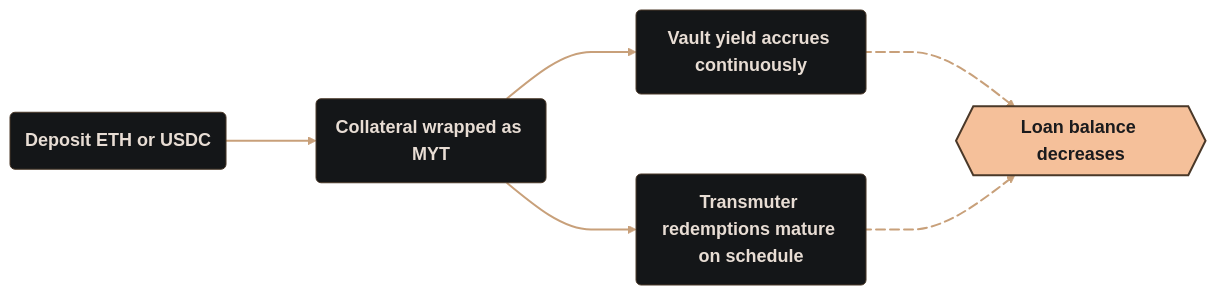
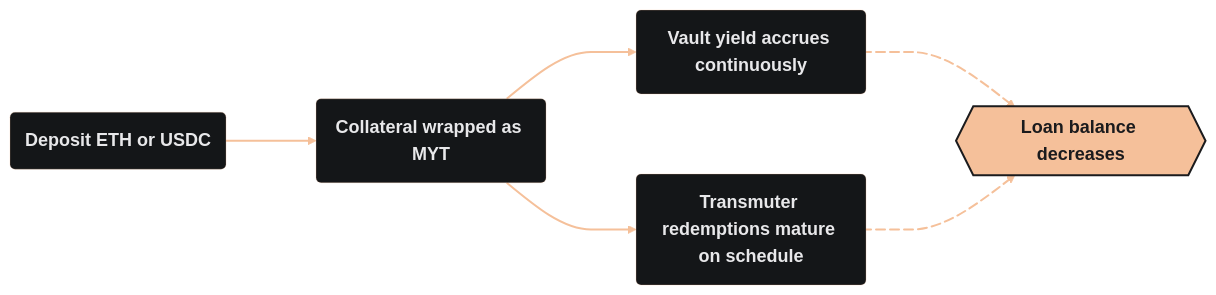
One commit to alchemix-finance/alchemix-v3-docs changed the diagram in docs/user/concepts/self-repaying-loans.md. Above: the diagram before and after it, drawn with Mermaid. The commit also changed other lines of this file and 18 other files, not shown here.

````diff
--- a/docs/user/concepts/self-repaying-loans.md
+++ b/docs/user/concepts/self-repaying-loans.md
@@ -27,29 +28,29 @@
 ```mermaid
 %%{init: {
   'theme': 'base',
   'themeVariables': {
     'fontFamily': 'Montserrat',
     'primaryColor': '#141618',
-    'primaryBorderColor': '#4a3828',
-    'primaryTextColor': '#e8ddd4',
-    'lineColor': '#c8a07a',
+    'primaryBorderColor': 'rgba(245,192,154,0.25)',
+    'primaryTextColor': '#e8e8ea',
+    'lineColor': '#f5c09a',
     'edgeLabelBackground': '#0d0e10',
     'tertiaryColor': '#141618',
     'fontSize': '18px'
   },
   'flowchart': { 'curve': 'monotoneX', 'nodeSpacing': 80, 'rankSpacing': 90 }
 }}%%
 flowchart LR
     classDef default font-weight:bold;
 
     A(Deposit ETH or USDC) --> B(Collateral wrapped as MYT)
     B --> C(Vault yield accrues continuously)
     B --> D(Transmuter redemptions mature on schedule)
     C e1@--> E{{Loan balance decreases}}
     D e2@--> E
 
-    style E fill:#f5c09a,stroke:#4a3828,stroke-width:2px,color:#1b1b1d
-    linkStyle 0,1,2,3,4 stroke:#c8a07a,stroke-width:2px
+    style E fill:#f5c09a,stroke:#1b1b1d,stroke-width:2px,color:#1b1b1d
+    linkStyle 0,1,2,3,4 stroke:#f5c09a,stroke-width:2px
     e1@{ animation: slow }
     e2@{ animation: slow }
 ```
````
